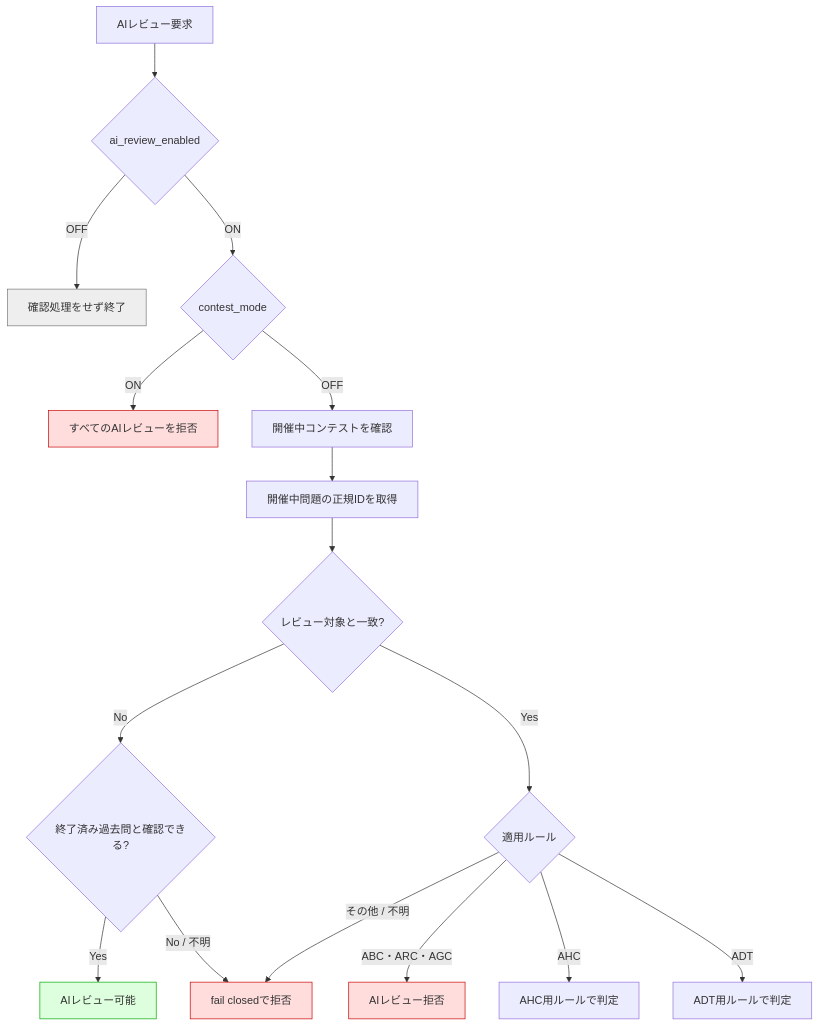
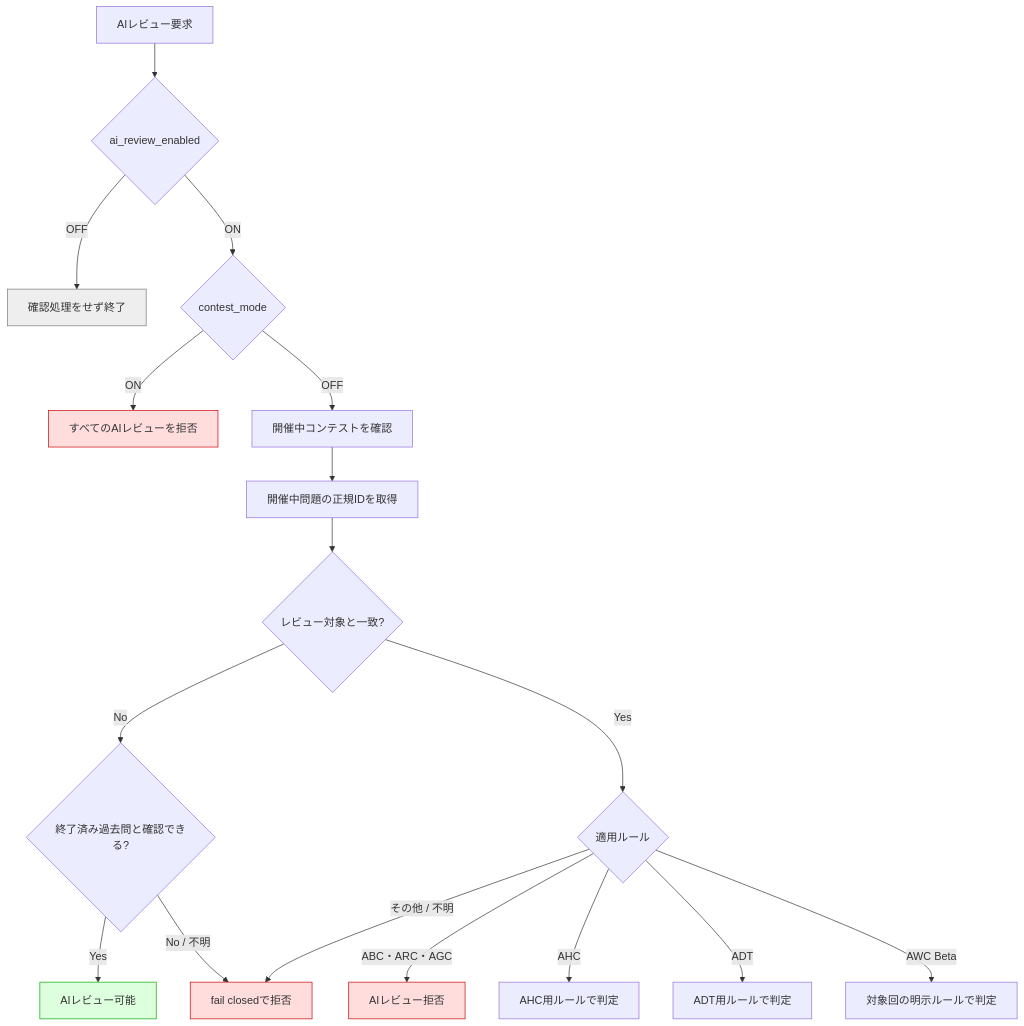
The first of 5 diagrams in distribution/ai-review-safety-design.md (mgmaru/algo-loom), drawn with Mermaid before and after one commit. The commit also changed other lines of this file, not shown here.

````diff
--- a/distribution/ai-review-safety-design.md
+++ b/distribution/ai-review-safety-design.md
@@ -31,24 +31,25 @@
 ```mermaid
 flowchart TD
     A[AIレビュー要求] --> B{ai_review_enabled}
     B -->|OFF| C[確認処理をせず終了]
     B -->|ON| D{contest_mode}
     D -->|ON| E[すべてのAIレビューを拒否]
     D -->|OFF| F[開催中コンテストを確認]
     F --> G[開催中問題の正規IDを取得]
     G --> H{レビュー対象と一致?}
     H -->|No| I{終了済み過去問と確認できる?}
     I -->|Yes| J[AIレビュー可能]
     I -->|No / 不明| K[fail closedで拒否]
     H -->|Yes| L{適用ルール}
     L -->|ABC・ARC・AGC| M[AIレビュー拒否]
     L -->|AHC| N[AHC用ルールで判定]
     L -->|ADT| O[ADT用ルールで判定]
+    L -->|AWC Beta| P[対象回の明示ルールで判定]
     L -->|その他 / 不明| K
 
     style C fill:#eee,stroke:#777
     style E fill:#fdd,stroke:#c00
     style J fill:#dfd,stroke:#0a0
     style K fill:#fdd,stroke:#c00
     style M fill:#fdd,stroke:#c00
 ```
````
